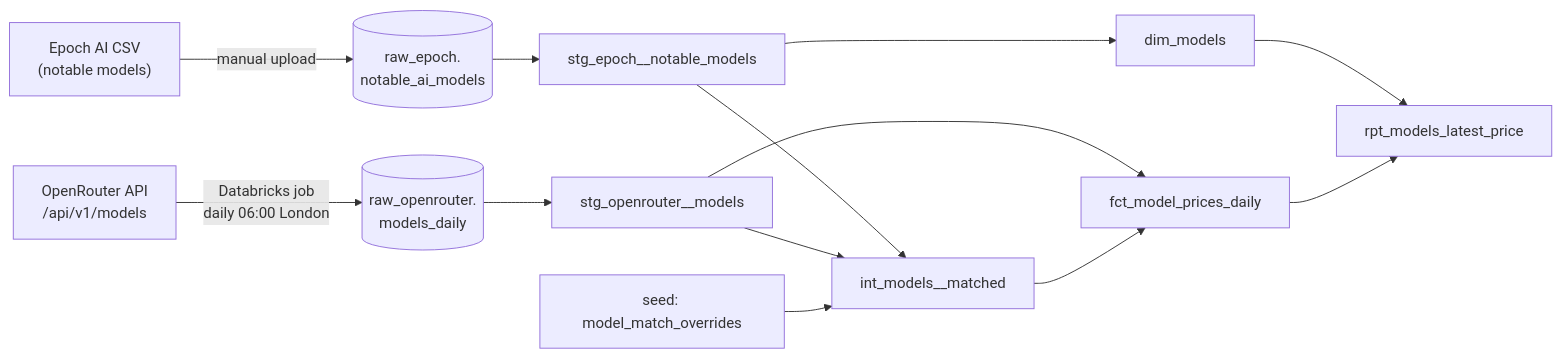
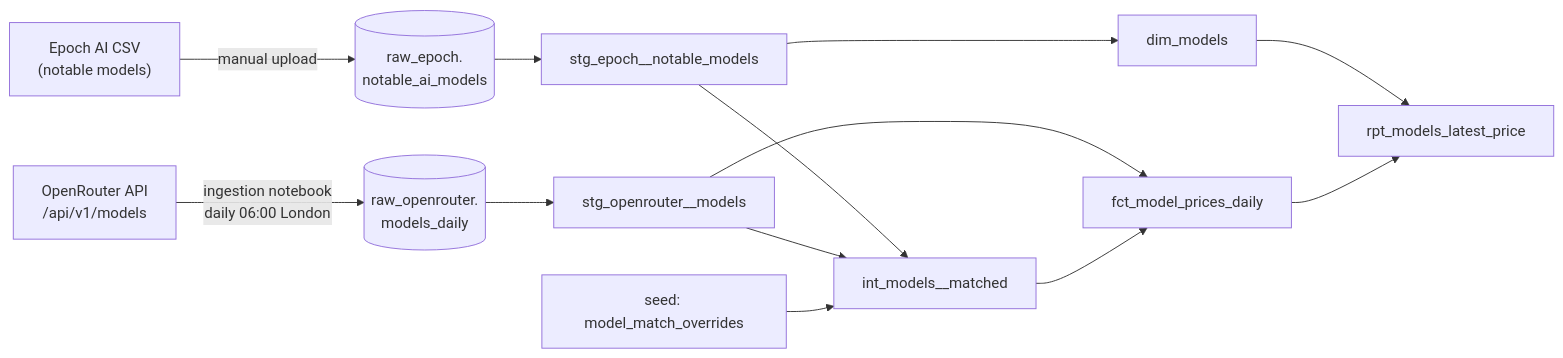
The diagram in README.md (Nicholas-create/dbt-databricks-sandbox), drawn with Mermaid before and after one commit. The commit also changed other lines of this file and 3 other files, not shown here.

First line of the commit message:
Add OpenRouter ingestion notebook to the repo

````diff
--- a/README.md
+++ b/README.md
@@ -34,19 +34,19 @@
 ```mermaid
 flowchart LR
     epoch_csv["Epoch AI CSV<br/>(notable models)"] -->|manual upload| raw_epoch[("raw_epoch.<br/>notable_ai_models")]
-    or_api["OpenRouter API<br/>/api/v1/models"] -->|"Databricks job<br/>daily 06:00 London"| raw_or[("raw_openrouter.<br/>models_daily")]
+    or_api["OpenRouter API<br/>/api/v1/models"] -->|"ingestion notebook<br/>daily 06:00 London"| raw_or[("raw_openrouter.<br/>models_daily")]
 
     raw_epoch --> stg_epoch["stg_epoch__notable_models"]
     raw_or --> stg_or["stg_openrouter__models"]
 
     stg_epoch --> int_matched["int_models__matched"]
     stg_or --> int_matched
     seed["seed: model_match_overrides"] --> int_matched
 
     stg_epoch --> dim["dim_models"]
     stg_or --> fct["fct_model_prices_daily"]
     int_matched --> fct
 
     dim --> rpt["rpt_models_latest_price"]
     fct --> rpt
 ```
````
